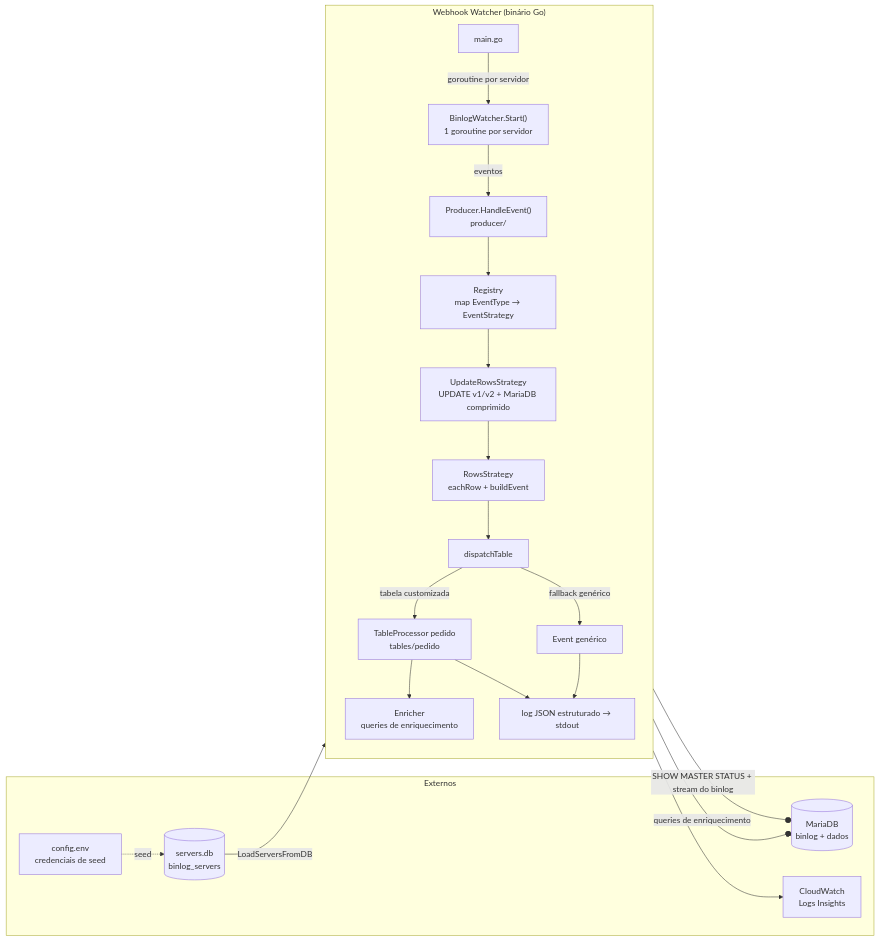
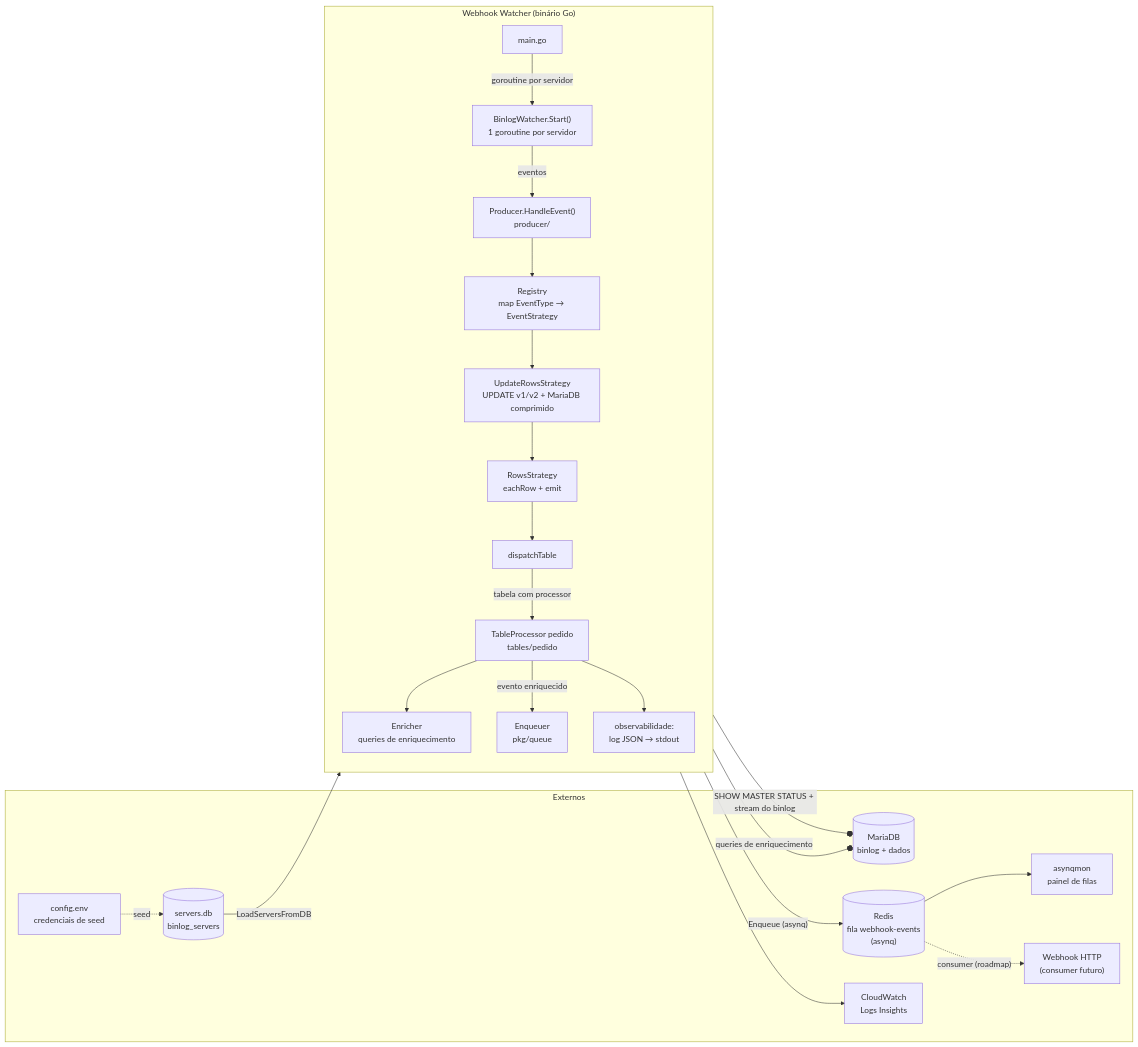
One commit to AlisonSimiao/webhook-watcher changed the diagram in README.md. Above: the diagram before and after it, drawn with Mermaid. The commit also changed other lines of this file and 8 other files, not shown here.

Commit message:
refactor: integrate event queue and add unit tests for binlog event processing

````diff
--- a/README.md
+++ b/README.md
@@ -41,41 +43,46 @@
 ```mermaid
 flowchart LR
     subgraph Ext["Externos"]
         MDB[("MariaDB<br/>binlog + dados")]
         SQLITE[("servers.db<br/>binlog_servers")]
         ENV["config.env<br/>credenciais de seed"]
+        REDIS[("Redis<br/>fila webhook-events<br/>(asynq)")]
+        ASYNQMON["asynqmon<br/>painel de filas"]
+        HTTP["Webhook HTTP<br/>(consumer futuro)"]
         CLOUD["CloudWatch<br/>Logs Insights"]
     end
 
     subgraph App["Webhook Watcher (binário Go)"]
         direction TB
         MAIN["main.go"]
         BW["BinlogWatcher.Start()<br/>1 goroutine por servidor"]
         PROD["Producer.HandleEvent()<br/>producer/"]
         REG["Registry<br/>map EventType → EventStrategy"]
         UPD["UpdateRowsStrategy<br/>UPDATE v1/v2 + MariaDB comprimido"]
-        ROW["RowsStrategy<br/>eachRow + buildEvent"]
+        ROW["RowsStrategy<br/>eachRow + emit"]
         DISP["dispatchTable"]
         PED["TableProcessor pedido<br/>tables/pedido"]
         ENR["Enricher<br/>queries de enriquecimento"]
-        GEN["Event genérico"]
-        LOG["log JSON estruturado → stdout"]
+        ENQ["Enqueuer<br/>pkg/queue"]
+        LOG["observabilidade:<br/>log JSON → stdout"]
     end
 
     ENV -. "seed" .-> SQLITE
     SQLITE -->|"LoadServersFromDB"| MAIN
     MAIN -->|"goroutine por servidor"| BW
     BW --o|"SHOW MASTER STATUS + stream do binlog"| MDB
     BW -->|"eventos"| PROD
     PROD --> REG
     REG --> UPD
     UPD --> ROW
     ROW --> DISP
-    DISP -->|"tabela customizada"| PED
+    DISP -->|"tabela com processor"| PED
     PED --> ENR
     ENR --o|"queries de enriquecimento"| MDB
-    DISP -->|"fallback genérico"| GEN
+    PED -->|"evento enriquecido"| ENQ
+    ENQ -->|"Enqueue (asynq)"| REDIS
+    REDIS --> ASYNQMON
+    REDIS -.->|"consumer (roadmap)"| HTTP
     PED --> LOG
-    GEN --> LOG
     LOG --> CLOUD
 ```
````
